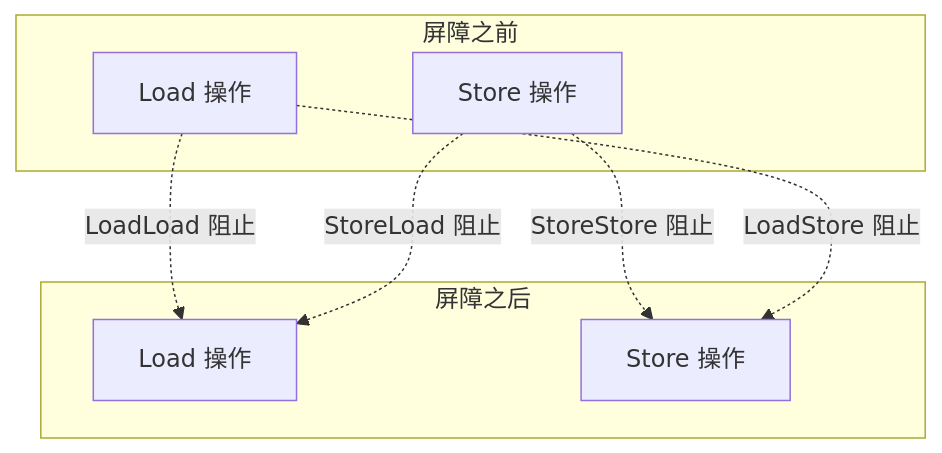
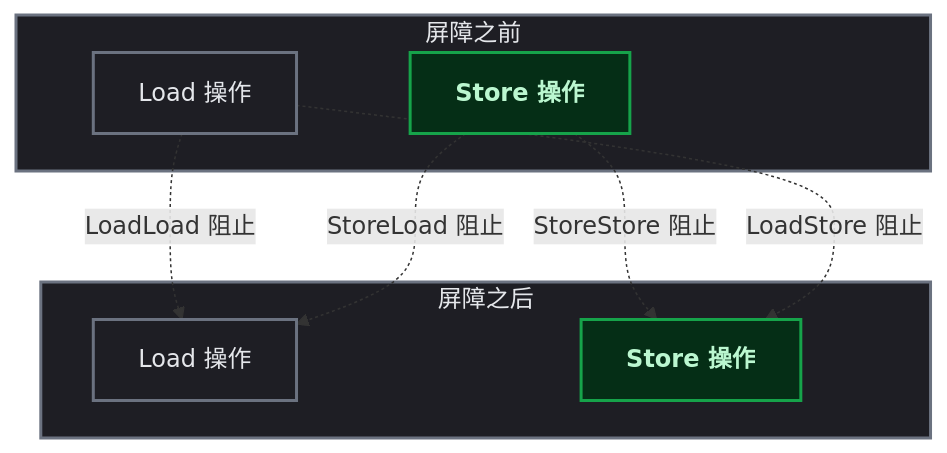
Before and after one commit to yaocat55/yaocat55.github.io: the fifth of 7 diagrams in content/posts/concurrency/Volatile.md, drawn with Mermaid. The commit also changed other lines of this file and 155 other files, not shown here.

````diff
--- a/content/posts/concurrency/Volatile.md
+++ b/content/posts/concurrency/Volatile.md
@@ -238,15 +248,21 @@
 ```mermaid
 flowchart TD
+%% 半暗底色 + 高亮描边：完美适配博客深色/浅色双主题 %%
+classDef process fill:#1e1e24,stroke:#6b7280,stroke-width:2px,color:#e5e7eb;
+classDef data fill:#052e16,stroke:#16a34a,stroke-width:2px,color:#bbf7d0,font-weight:bold;
     subgraph BEFORE[屏障之前]
         L1[Load 操作]
         S1[Store 操作]
     end
     subgraph AFTER[屏障之后]
         L2[Load 操作]
         S2[Store 操作]
     end
     L1 -.->|LoadLoad 阻止| L2
     S1 -.->|StoreStore 阻止| S2
     L1 -.->|LoadStore 阻止| S2
     S1 -.->|StoreLoad 阻止| L2
+
+class S1,S2 data;
+class AFTER,BEFORE,L1,L2 process;
 ```
````
